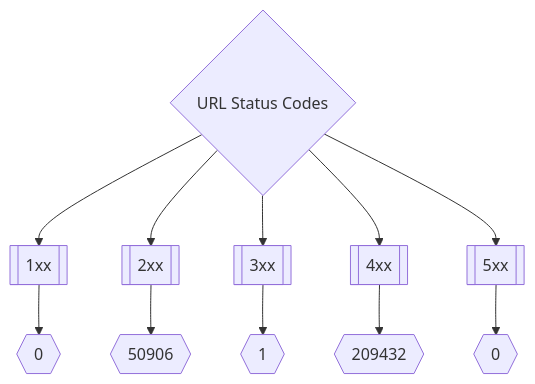
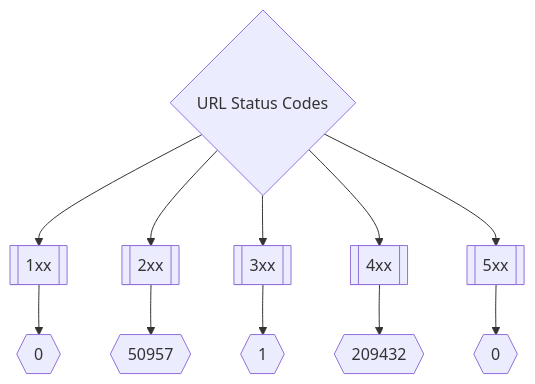
The second of 3 diagrams in README.md (trickest/inventory), drawn with Mermaid before and after one commit. The commit also changed other lines of this file, not shown here.

````diff
--- a/README.md
+++ b/README.md
@@ -173,8 +173,8 @@
 ```mermaid
 graph TD
 title{URL Status Codes} --> 1xx[[1xx]] --> status1xxNum{{0}}
-title --> 2xx[[2xx]] --> status2xxNum{{50906}}
+title --> 2xx[[2xx]] --> status2xxNum{{50957}}
 title --> 3xx[[3xx]] --> status3xxNum{{1}}
 title --> 4xx[[4xx]] --> status4xxNum{{209432}}
 title --> 5xx[[5xx]] --> status5xxNum{{0}}
 ```
````
